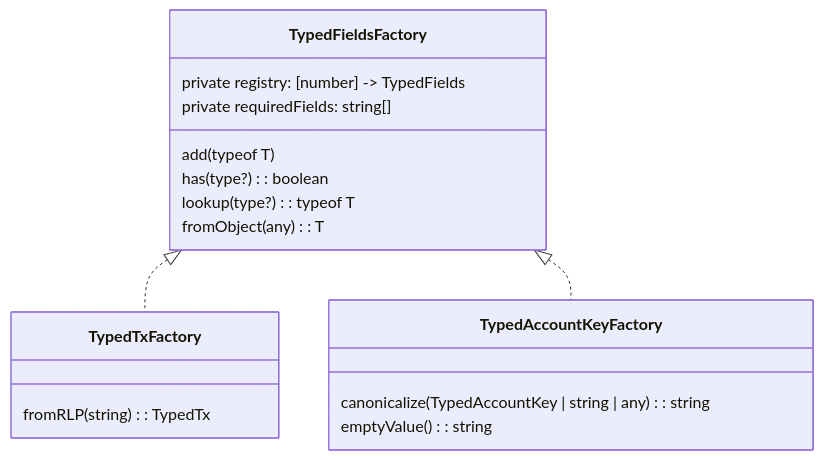
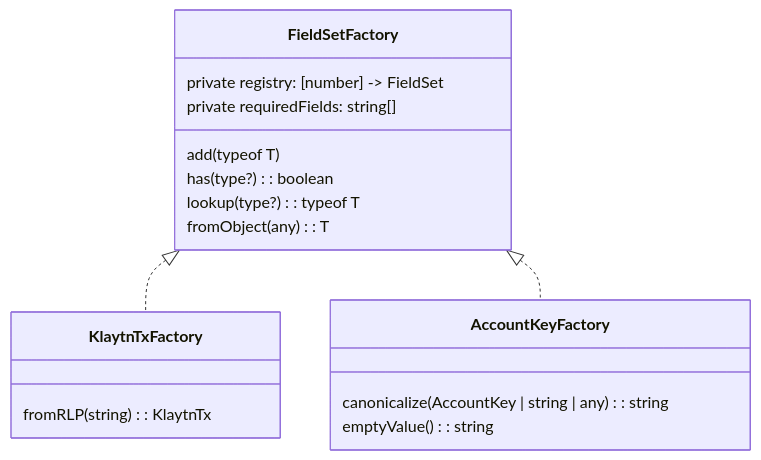
One commit to blukat29/klaytn-sdk-design changed the third of 4 diagrams in README.md. Above: the diagram before and after it, drawn with Mermaid. The commit also changed other lines of this file, not shown here.

````diff
--- a/README.md
+++ b/README.md
@@ -114,20 +115,20 @@
 ```mermaid  
 classDiagram
-  TypedFieldsFactory <|.. TypedTxFactory
-  TypedFieldsFactory <|.. TypedAccountKeyFactory
-  class TypedFieldsFactory {
-    private registry: [number] -> TypedFields
+  FieldSetFactory <|.. KlaytnTxFactory
+  FieldSetFactory <|.. AccountKeyFactory
+  class FieldSetFactory {
+    private registry: [number] -> FieldSet
     private requiredFields: string[]
     add(typeof T)
     has(type?): boolean
     lookup(type?): typeof T
     fromObject(any): T
   }
-  class TypedTxFactory {
-    fromRLP(string): TypedTx
+  class KlaytnTxFactory {
+    fromRLP(string): KlaytnTx
   }
-  class TypedAccountKeyFactory {
-    canonicalize(TypedAccountKey | string | any): string 
+  class AccountKeyFactory {
+    canonicalize(AccountKey | string | any): string 
     emptyValue(): string
   }
 ```
````
